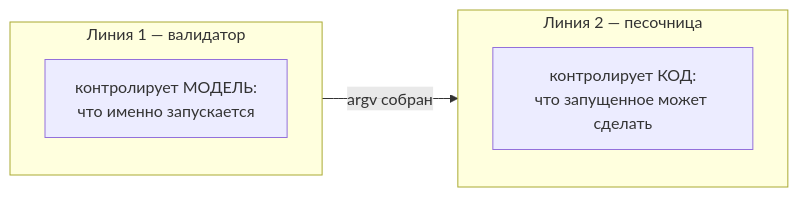
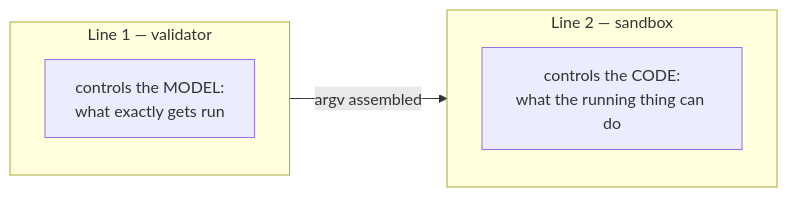
One commit to EgorKazachenko/mcpproxy changed the diagram in docs/03-threat-model.md. Above: the diagram before and after it, drawn with Mermaid. The commit also changed other lines of this file and 17 other files, not shown here.

````diff
--- a/docs/03-threat-model.md
+++ b/docs/03-threat-model.md
@@ -21,10 +21,10 @@
 ```mermaid
 flowchart LR
-    subgraph L1["Линия 1 — валидатор"]
-        A["контролирует МОДЕЛЬ:<br/>что именно запускается"]
+    subgraph L1["Line 1 — validator"]
+        A["controls the MODEL:<br/>what exactly gets run"]
     end
-    subgraph L2["Линия 2 — песочница"]
-        B["контролирует КОД:<br/>что запущенное может сделать"]
+    subgraph L2["Line 2 — sandbox"]
+        B["controls the CODE:<br/>what the running thing can do"]
     end
-    L1 -->|"argv собран"| L2
+    L1 -->|"argv assembled"| L2
 ```
````
